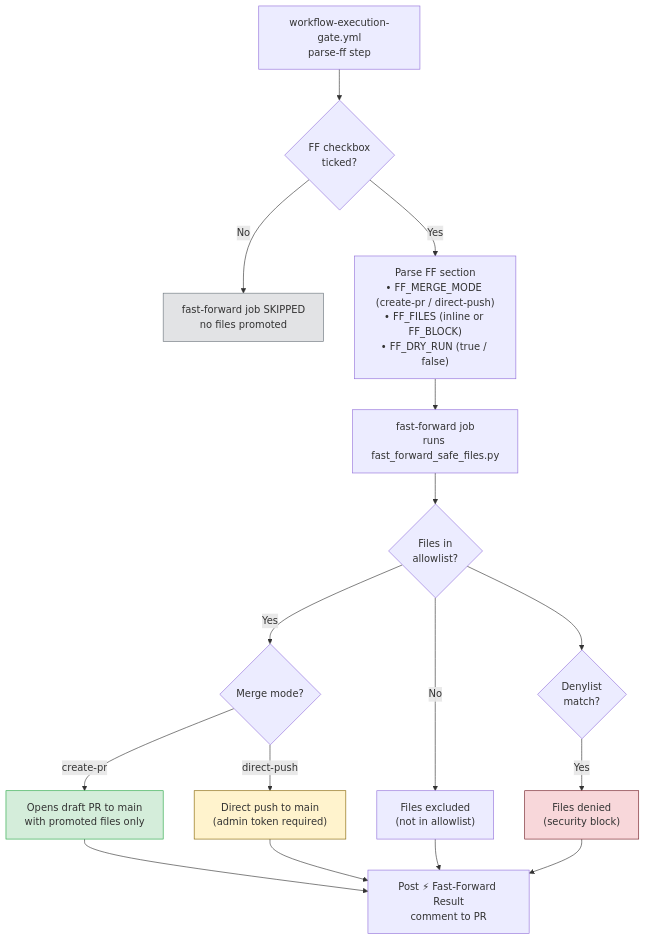
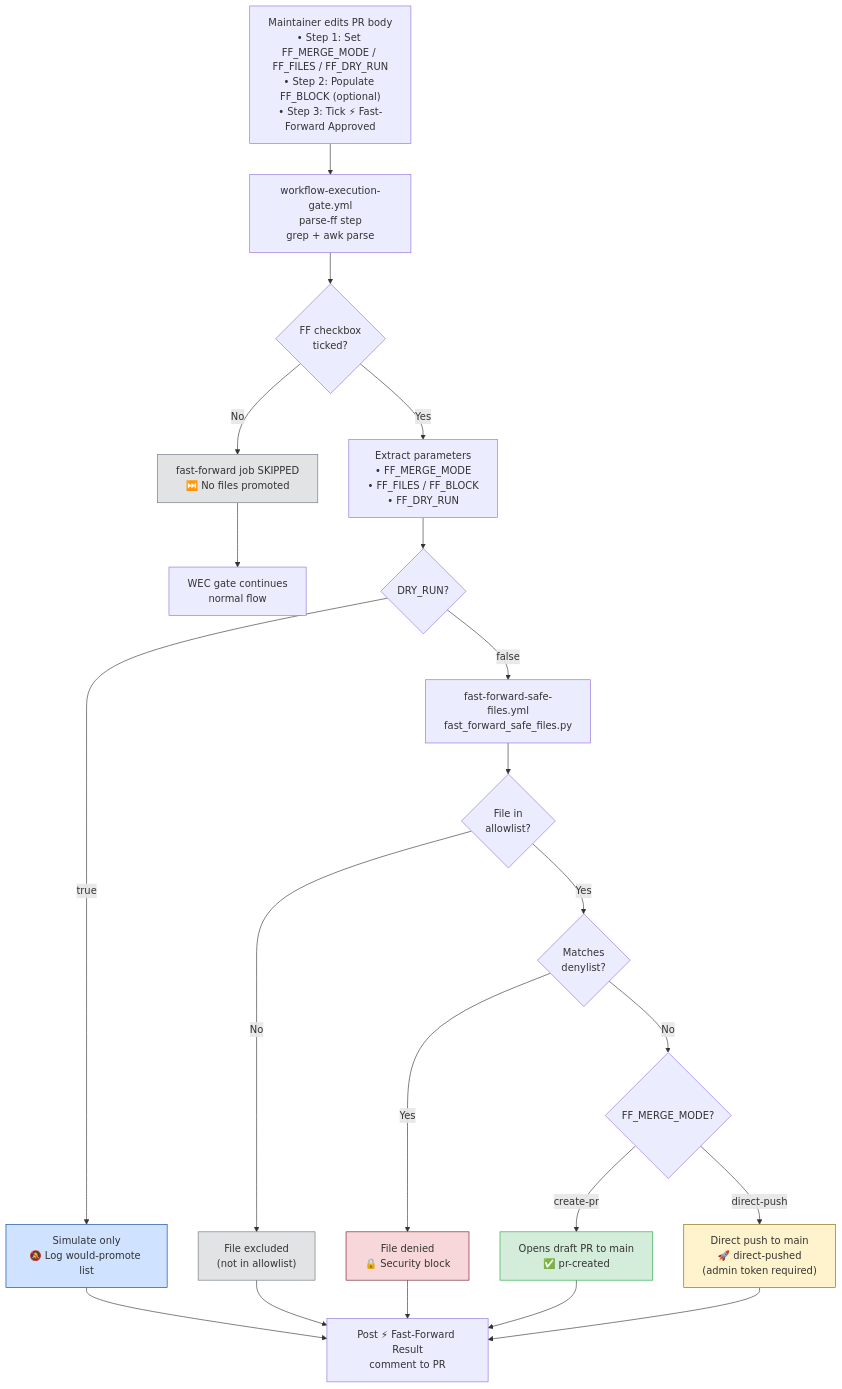
The eighth of 9 diagrams in docs/ci/PR_LIFECYCLE.md (Aries-Serpent/_codex_), drawn with Mermaid before and after one commit. The commit also changed other lines of this file and 18 other files, not shown here.

````diff
--- a/docs/ci/PR_LIFECYCLE.md
+++ b/docs/ci/PR_LIFECYCLE.md
@@ -1548,26 +1592,36 @@
 ```mermaid
 flowchart TD
-    WEC[workflow-execution-gate.yml\nparse-ff step] --> FFCHECK{FF checkbox\nticked?}
-    FFCHECK -->|No| SKIP_FF[fast-forward job SKIPPED\nno files promoted]
-    FFCHECK -->|Yes| PARSE["Parse FF section\n• FF_MERGE_MODE (create-pr / direct-push)\n• FF_FILES (inline or FF_BLOCK)\n• FF_DRY_RUN (true / false)"]
+    PR_EDIT["Maintainer edits PR body\n• Step 1: Set FF_MERGE_MODE / FF_FILES / FF_DRY_RUN\n• Step 2: Populate FF_BLOCK (optional)\n• Step 3: Tick ⚡ Fast-Forward Approved"]
+    PR_EDIT --> WEC["workflow-execution-gate.yml\nparse-ff step\ngrep + awk parse"]
 
-    PARSE --> FF_JOB[fast-forward job\nruns fast_forward_safe_files.py]
-    FF_JOB --> ALLOWED{Files in\nallowlist?}
-    ALLOWED -->|Yes| MERGE_MODE{Merge mode?}
-    ALLOWED -->|No| EXCLUDED["Files excluded\n(not in allowlist)"]
-    DENIED{Denylist\nmatch?} -->|Yes| DENY["Files denied\n(security block)"]
-    ALLOWED --> DENIED
+    WEC --> FFCHECK{FF checkbox\nticked?}
+    FFCHECK -->|No| SKIP_FF["fast-forward job SKIPPED\n⏭️ No files promoted"]
+    FFCHECK -->|Yes| PARSE["Extract parameters\n• FF_MERGE_MODE\n• FF_FILES / FF_BLOCK\n• FF_DRY_RUN"]
 
-    MERGE_MODE -->|create-pr| PR_CREATED["Opens draft PR to main\nwith promoted files only"]
-    MERGE_MODE -->|direct-push| PUSH["Direct push to main\n(admin token required)"]
+    PARSE --> DRY{DRY_RUN?}
+    DRY -->|true| DRY_OUT["Simulate only\n🔕 Log would-promote list"]
+    DRY -->|false| FF_JOB["fast-forward-safe-files.yml\nfast_forward_safe_files.py"]
+
+    FF_JOB --> ALLOWED{File in\nallowlist?}
+    ALLOWED -->|No| EXCLUDED["File excluded\n(not in allowlist)"]
+    ALLOWED -->|Yes| DENYCHECK{Matches\ndenylist?}
+    DENYCHECK -->|Yes| DENIED["File denied\n🔒 Security block"]
+    DENYCHECK -->|No| MERGE_MODE{FF_MERGE_MODE?}
+
+    MERGE_MODE -->|create-pr| PR_CREATED["Opens draft PR to main\n✅ pr-created"]
+    MERGE_MODE -->|direct-push| PUSH["Direct push to main\n🚀 direct-pushed\n(admin token required)"]
 
     PR_CREATED --> RESULT["Post ⚡ Fast-Forward Result\ncomment to PR\n<!-- wec-ff-result:PR# -->"]
     PUSH --> RESULT
+    DRY_OUT --> RESULT
     EXCLUDED --> RESULT
-    DENY --> RESULT
+    DENIED --> RESULT
+    SKIP_FF --> END["WEC gate continues\nnormal flow"]
 
     style PR_CREATED fill:#d4edda,stroke:#28a745
     style PUSH fill:#fff3cd,stroke:#856404
-    style DENY fill:#f8d7da,stroke:#721c24
+    style DENIED fill:#f8d7da,stroke:#721c24
     style SKIP_FF fill:#e2e3e5,stroke:#6c757d
+    style DRY_OUT fill:#cfe2ff,stroke:#084298
+    style EXCLUDED fill:#e2e3e5,stroke:#6c757d
 ```
````
